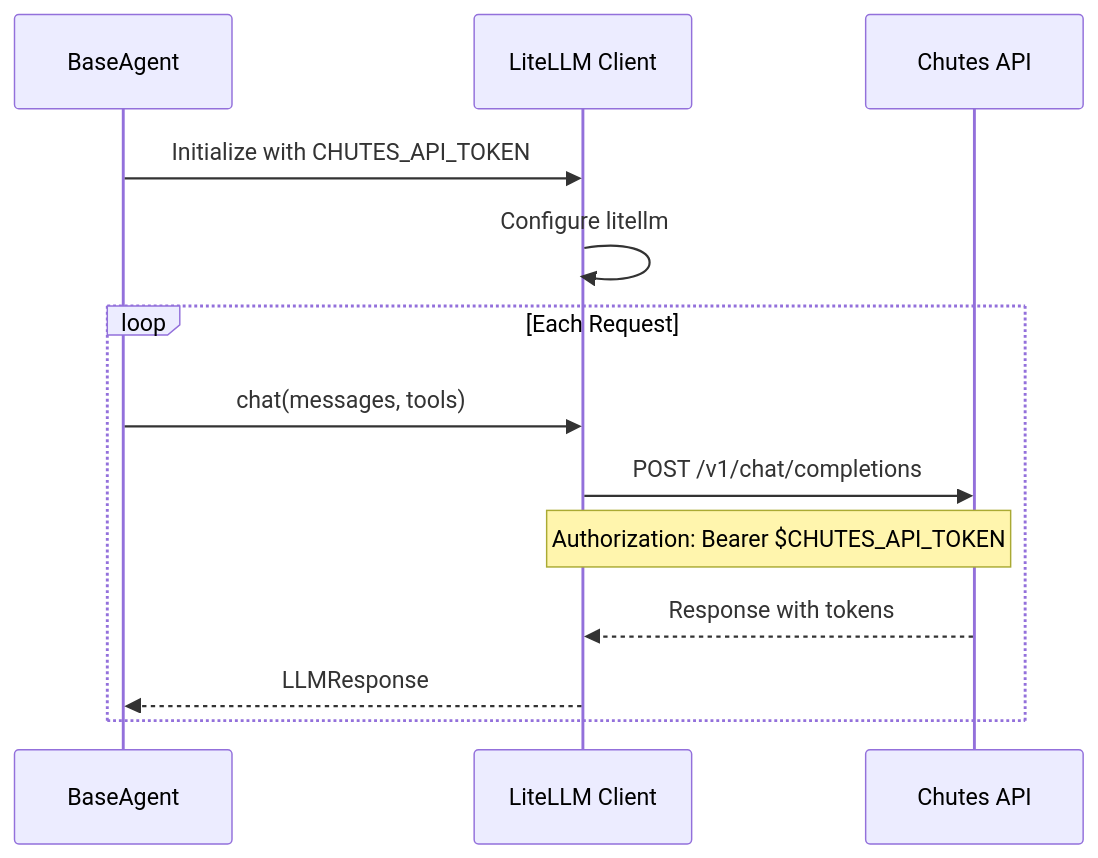
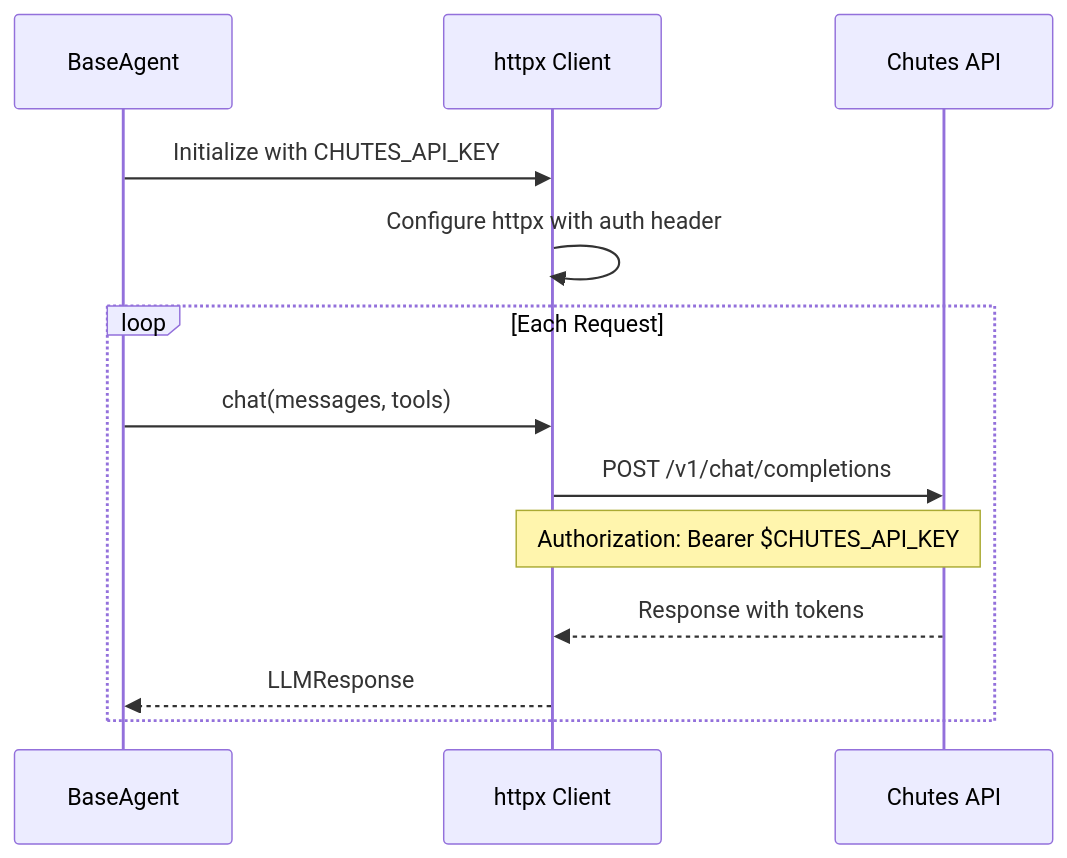
Before and after one commit to PlatformNetwork/baseagent: the first of 2 diagrams in docs/chutes-integration.md, drawn with Mermaid. The commit also changed other lines of this file and 10 other files, not shown here.

````diff
--- a/docs/chutes-integration.md
+++ b/docs/chutes-integration.md
@@ -53,17 +52,17 @@
 ```mermaid
 sequenceDiagram
     participant Agent as BaseAgent
-    participant Client as LiteLLM Client
+    participant Client as httpx Client
     participant Chutes as Chutes API
 
-    Agent->>Client: Initialize with CHUTES_API_TOKEN
-    Client->>Client: Configure litellm
+    Agent->>Client: Initialize with CHUTES_API_KEY
+    Client->>Client: Configure httpx with auth header
     
     loop Each Request
         Agent->>Client: chat(messages, tools)
         Client->>Chutes: POST /v1/chat/completions
-        Note over Client,Chutes: Authorization: Bearer $CHUTES_API_TOKEN
+        Note over Client,Chutes: Authorization: Bearer $CHUTES_API_KEY
         Chutes-->>Client: Response with tokens
         Client-->>Agent: LLMResponse
     end
 ```
````
